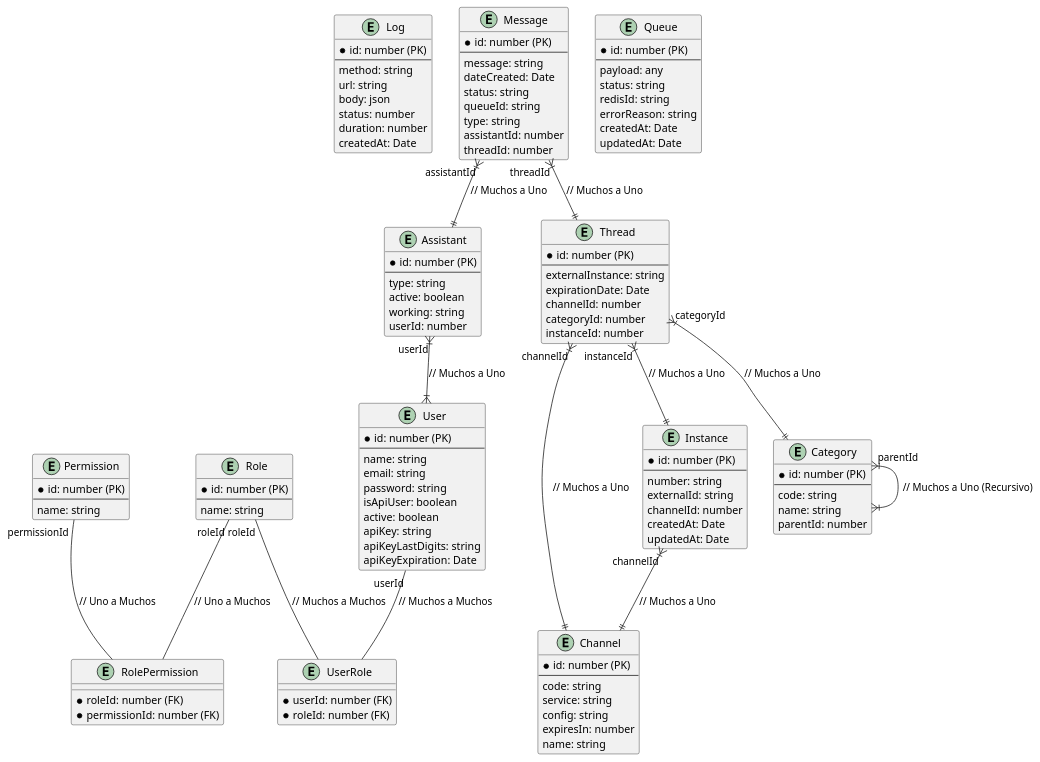
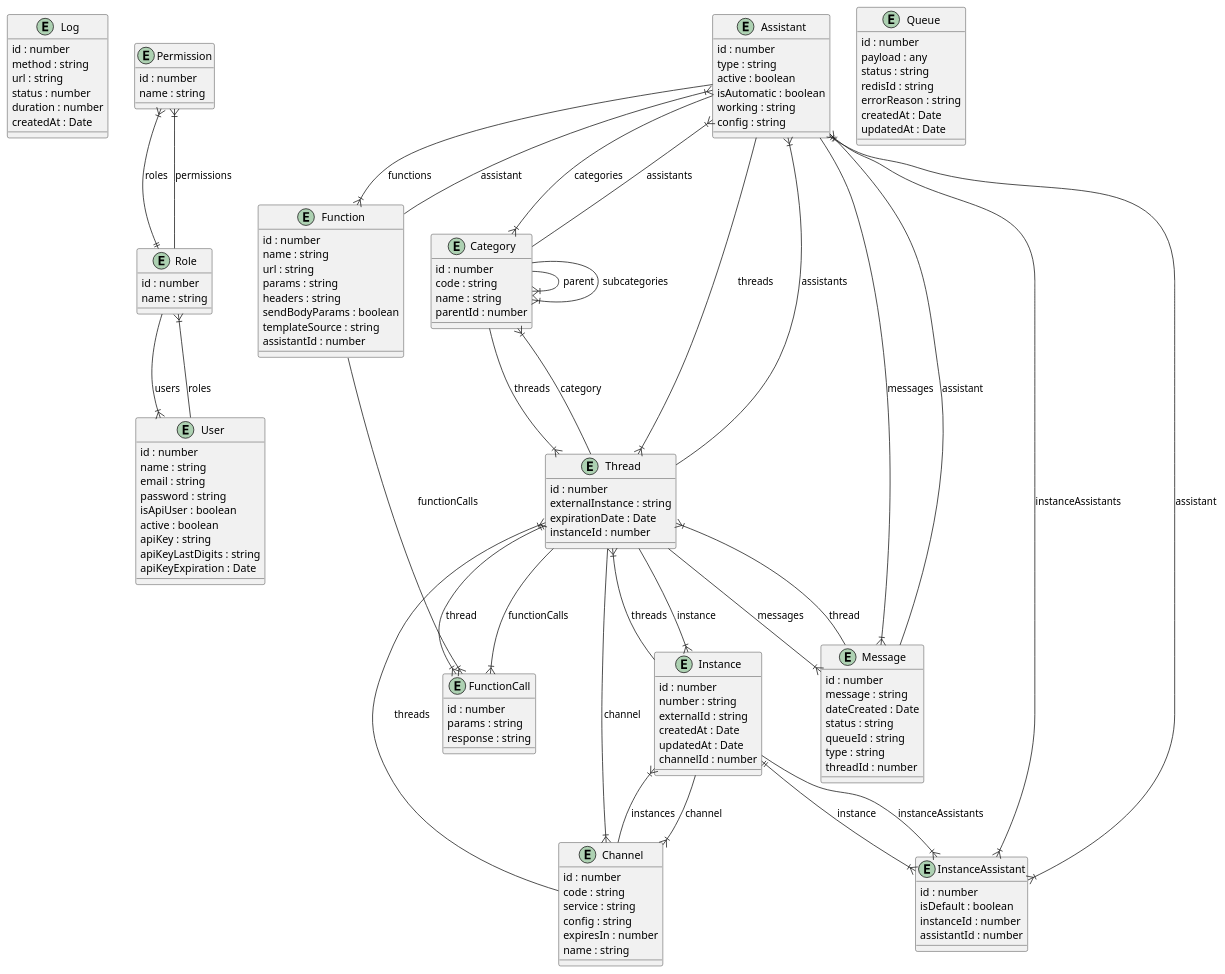
One commit to jriverarojas/smartmsg-nd changed the diagram in ERD.puml. Above: the diagram before and after it, drawn with PlantUML. The commit also changed other lines of this file and 2 other files, not shown here.

```diff
--- a/ERD.puml
+++ b/ERD.puml
@@ -1,132 +2,160 @@
 @startuml
 
 entity Log {
-  * id: number (PK)
-  --
-  method: string
-  url: string
-  body: json
-  status: number
-  duration: number
-  createdAt: Date
+    id : number
+    method : string
+    url : string
+    status : number
+    duration : number
+    createdAt : Date
+}
+
+entity Permission {
+    id : number
+    name : string
+}
+
+entity Role {
+    id : number
+    name : string
 }
 
 entity User {
-  * id: number (PK)
-  --
-  name: string
-  email: string
-  password: string
-  isApiUser: boolean
-  active: boolean
-  apiKey: string
-  apiKeyLastDigits: string
-  apiKeyExpiration: Date
-}
-
-entity Role {
-  * id: number (PK)
-  --
-  name: string
-}
-
-entity Permission {
-  * id: number (PK)
-  --
-  name: string
+    id : number
+    name : string
+    email : string
+    password : string
+    isApiUser : boolean
+    active : boolean
+    apiKey : string
+    apiKeyLastDigits : string
+    apiKeyExpiration : Date
 }
 
 entity Assistant {
-  * id: number (PK)
-  --
-  type: string
-  active: boolean
-  working: string
-  userId: number
+    id : number
+    type : string
+    active : boolean
+    isAutomatic : boolean
+    working : string
+    config : string
 }
 
 entity Category {
-  * id: number (PK)
-  --
-  code: string
-  name: string
-  parentId: number
+    id : number
+    code : string
+    name : string
+    parentId : number
 }
 
 entity Channel {
-  * id: number (PK)
-  --
-  code: string
-  service: string
-  config: string
-  expiresIn: number
-  name: string
+    id : number
+    code : string
+    service : string
+    config : string
+    expiresIn : number
+    name : string
+}
+
+entity Function {
+    id : number
+    name : string
+    url : string
+    params : string
+    headers : string
+    sendBodyParams : boolean
+    templateSource : string
+    assistantId : number
+}
+
+entity FunctionCall {
+    id : number
+    params : string
+    response : string
+}
+
+entity InstanceAssistant {
+    id : number
+    isDefault : boolean
+    instanceId : number
+    assistantId : number
 }
 
 entity Instance {
-  * id: number (PK)
-  --
-  number: string
-  externalId: string
-  channelId: number
-  createdAt: Date
-  updatedAt: Date
+    id : number
+    number : string
+    externalId : string
+    createdAt : Date
+    updatedAt : Date
+    channelId : number
 }
 
 entity Message {
-  * id: number (PK)
-  --
-  message: string
-  dateCreated: Date
-  status: string
-  queueId: string
-  type: string
-  assistantId: number
-  threadId: number
+    id : number
+    message : string
+    dateCreated : Date
+    status : string
+    queueId : string
+    type : string
+    threadId : number
 }
 
 entity Queue {
-  * id: number (PK)
-  --
-  payload: any
-  status: string
-  redisId: string
-  errorReason: string
-  createdAt: Date
-  updatedAt: Date
+    id : number
+    payload : any
+    status : string
+    redisId : string
+    errorReason : string
+    createdAt : Date
+    updatedAt : Date
 }
 
 entity Thread {
-  * id: number (PK)
-  --
-  externalInstance: string
-  expirationDate: Date
-  channelId: number
-  categoryId: number
-  instanceId: number
+    id : number
+    externalInstance : string
+    expirationDate : Date
+    instanceId : number
 }
 
-entity UserRole {
-  * userId: number (FK)
-  * roleId: number (FK)
-}
+User --|{ Role : roles
+Role --|{ Permission : permissions
+Role --|{ User : users
+Permission }|--|| Role : roles
 
-entity RolePermission {
-  * roleId: number (FK)
-  * permissionId: number (FK)
-}
+Assistant --|{ Category : categories
+Assistant --|{ Thread : threads
+Assistant --|{ Message : messages
+Assistant --|{ InstanceAssistant : instanceAssistants
+Assistant --|{ Function : functions
 
-User -- UserRole : "userId"  // Muchos a Muchos
-Role -- UserRole : "roleId"  // Muchos a Muchos
-Role -- RolePermission : "roleId"  // Uno a Muchos
-Permission -- RolePermission : "permissionId"  // Uno a Muchos
-Assistant }|--|{ User : "userId"  // Muchos a Uno
-Category }|--|{ Category : "parentId"  // Muchos a Uno (Recursivo)
-Instance }|--|| Channel : "channelId"  // Muchos a Uno
-Message }|--|| Assistant : "assistantId"  // Muchos a Uno
-Message }|--|| Thread : "threadId"  // Muchos a Uno
-Thread }|--|| Channel : "channelId"  // Muchos a Uno
-Thread }|--|| Category : "categoryId"  // Muchos a Uno
-Thread }|--|| Instance : "instanceId"  // Muchos a Uno
+Category --|{ Category : parent
+Category --|{ Category : subcategories
+Category --|{ Assistant : assistants
+Category --|{ Thread : threads
+
+Channel --|{ Thread : threads
+Channel --|{ Instance : instances
+
+Function --|{ Assistant : assistant
+Function --|{ FunctionCall : functionCalls
+
+FunctionCall }|--|| Thread : thread
+
+InstanceAssistant }|--|| Instance : instance
+InstanceAssistant }|--|| Assistant : assistant
+
+Instance --|{ Channel : channel
+Instance --|{ Thread : threads
+Instance --|{ InstanceAssistant : instanceAssistants
+
+Message --|{ Thread : thread
+Message --|{ Assistant : assistant
+
+Thread --|{ Channel : channel
+Thread --|{ Category : category
+Thread --|{ Message : messages
+Thread --|{ Assistant : assistants
+Thread --|{ Instance : instance
+Thread --|{ FunctionCall : functionCalls
 
 @enduml
```
